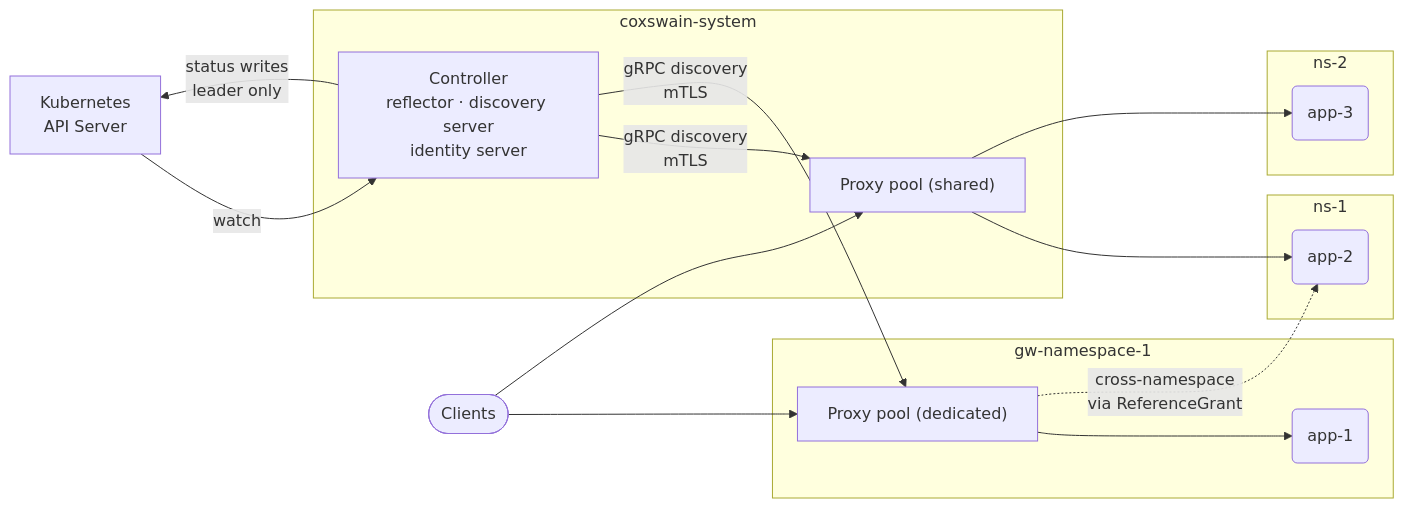
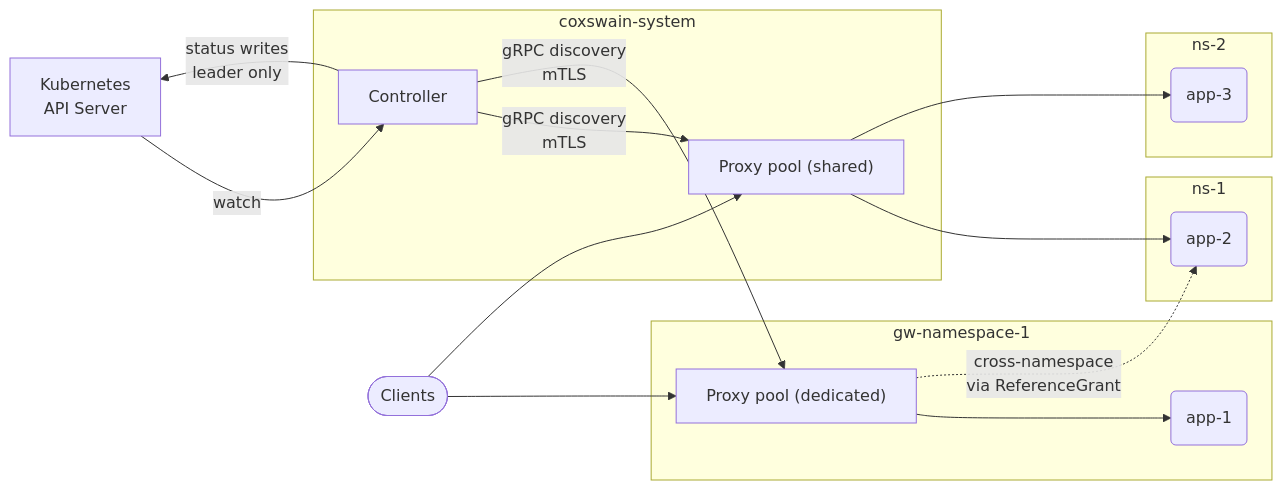
The first of 2 diagrams in docs/src/architecture/index.md (coxswain-labs/coxswain), drawn with Mermaid before and after one commit. The commit also changed 3 other files, not shown here.

First line of the commit message:
docs: drop the FAQ, tidy the architecture overview diagram

````diff
--- a/docs/src/architecture/index.md
+++ b/docs/src/architecture/index.md
@@ -5,31 +5,31 @@
 ```mermaid
 flowchart LR
     Clients([Clients])
     K8s[Kubernetes\nAPI Server]
 
     subgraph cs[coxswain-system]
-        C[Controller\nreflector · discovery server\nidentity server]
+        C[Controller]
         SP["Proxy pool (shared)"]
     end
 
     subgraph ns[gw-namespace-1]
         GP["Proxy pool (dedicated)"]
         A1(app-1)
     end
 
     subgraph n1[ns-1]
         A2(app-2)
     end
 
     subgraph n2[ns-2]
         A3(app-3)
     end
 
     Clients --> SP & GP
     K8s -->|watch| C
     C -->|status writes\nleader only| K8s
     C -->|gRPC discovery\nmTLS| SP & GP
     SP --> A2 & A3
     GP --> A1
     GP -.->|cross-namespace\nvia ReferenceGrant| A2
 ```
````
